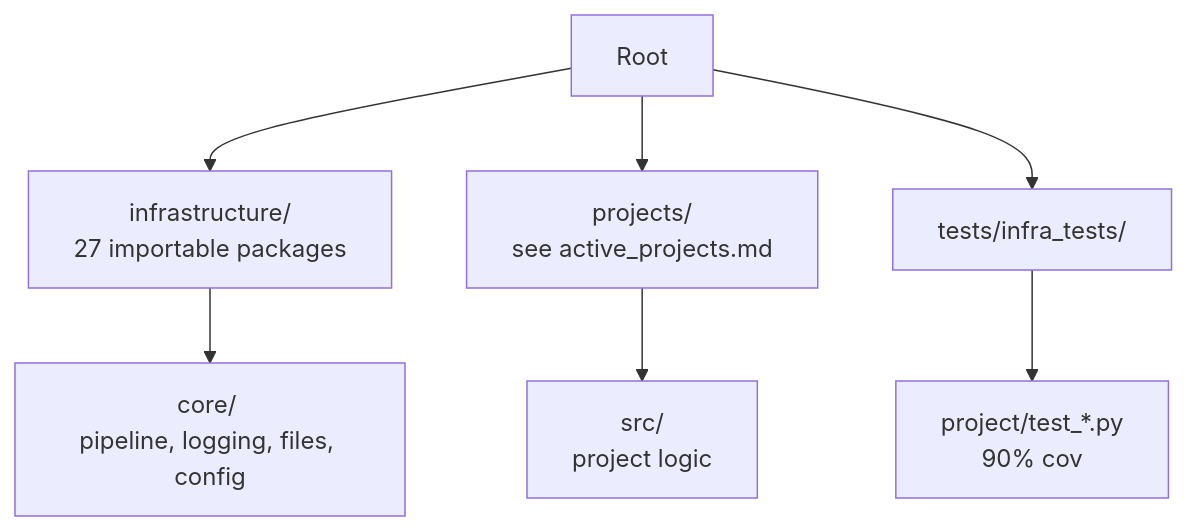
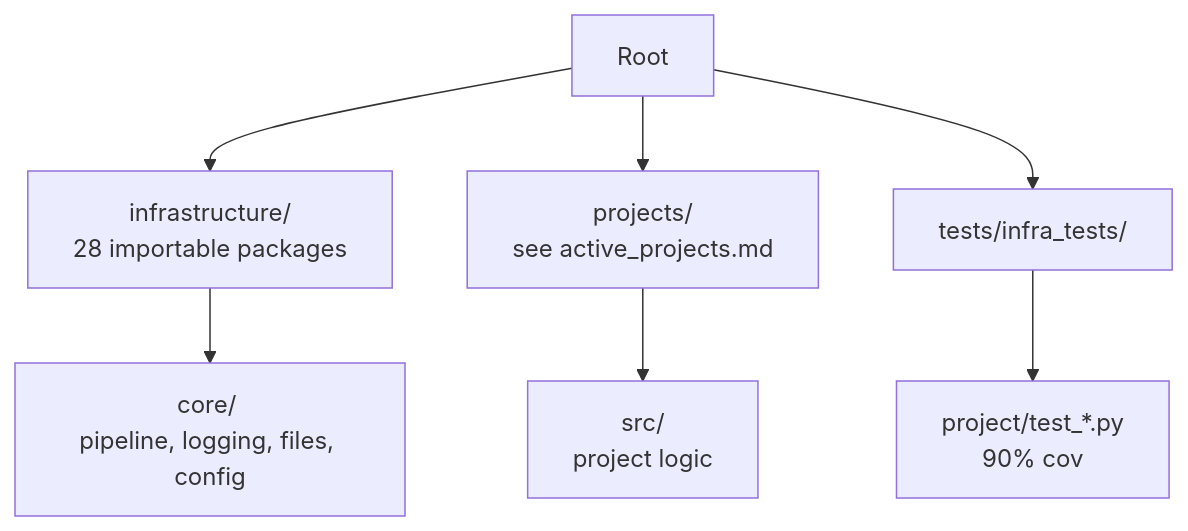
Before and after one commit to docxology/template: the diagram in docs/_generated/COUNTS.md, drawn with Mermaid. The commit also changed other lines of this file and 7 other files, not shown here.

````diff
--- a/docs/_generated/COUNTS.md
+++ b/docs/_generated/COUNTS.md
@@ -229,9 +231,9 @@
 ```mermaid
 flowchart TD
-    Root[Root] --> Infra[infrastructure/ <br/>27 importable packages]
+    Root[Root] --> Infra[infrastructure/ <br/>28 importable packages]
     Root --> Projects[projects/ <br/>see active_projects.md]
     Root --> Tests[tests/infra_tests/]
     Infra --> Core[core/ <br/>pipeline, logging, files, config]
     Projects --> Src[src/ <br/>project logic]
     Tests --> ProjectTests[project/test_*.py <br/>90% cov]
 ```
````
